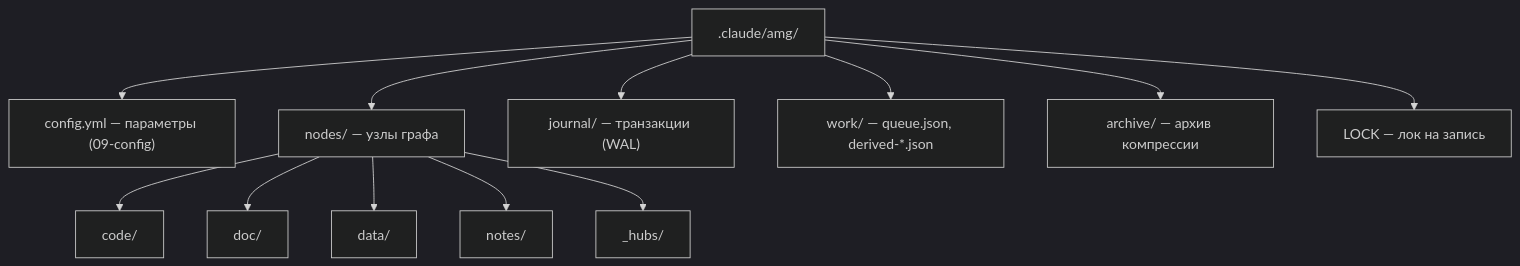
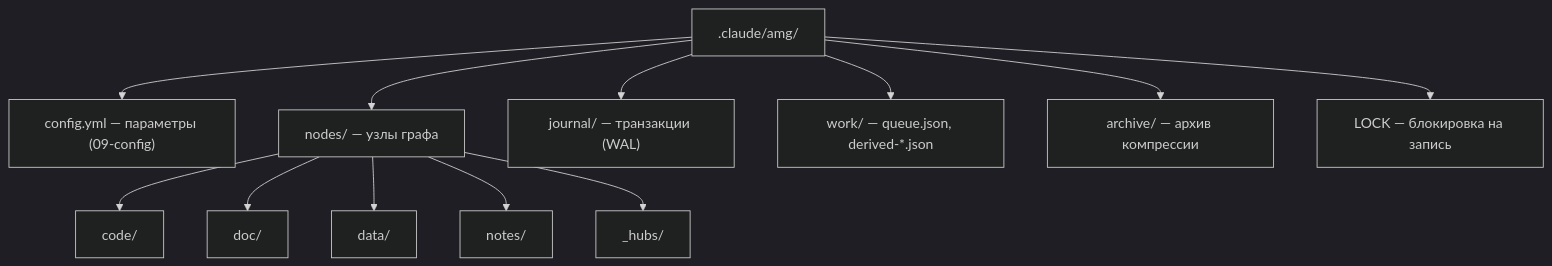
Before and after one commit to Kvazar123/llm-amg: the second of 2 diagrams in docs/ru/architecture/02-data-model.md, drawn with Mermaid (dark theme). The commit also changed other lines of this file and 13 other files, not shown here.

````diff
--- a/docs/ru/architecture/02-data-model.md
+++ b/docs/ru/architecture/02-data-model.md
@@ -187,14 +187,14 @@
 ```mermaid
 flowchart TD
     R[".claude/amg/"] --> CFG["config.yml — параметры (09-config)"]
     R --> N["nodes/ — узлы графа"]
     R --> J["journal/ — транзакции (WAL)"]
     R --> W["work/ — queue.json, derived-*.json"]
     R --> A["archive/ — архив компрессии"]
-    R --> L["LOCK — лок на запись"]
+    R --> L["LOCK — блокировка на запись"]
     N --> NC["code/"]
     N --> ND["doc/"]
     N --> NA["data/"]
     N --> NN["notes/"]
     N --> NH["_hubs/"]
 ```
````
